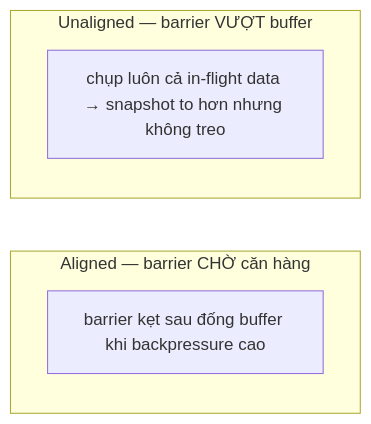
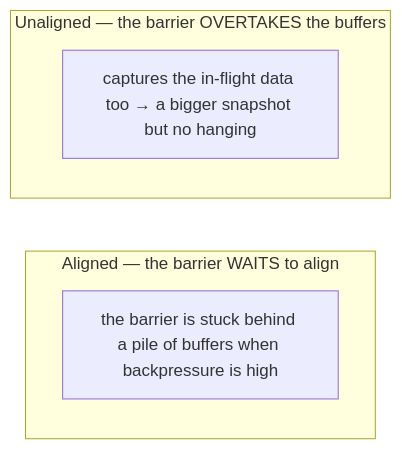
Before and after one commit to vuhoang001/knowledge: the third of 3 diagrams in i18n/en/docusaurus-plugin-content-docs/current/etl/flink/skills/backpressure-tuning.md, drawn with Mermaid. The commit also changed other lines of this file and 21 other files, not shown here.

````diff
--- a/i18n/en/docusaurus-plugin-content-docs/current/etl/flink/skills/backpressure-tuning.md
+++ b/i18n/en/docusaurus-plugin-content-docs/current/etl/flink/skills/backpressure-tuning.md
@@ -135,9 +134,9 @@
 ```mermaid
 graph LR
-    subgraph "Aligned — barrier CHỜ căn hàng"
-        B1["barrier kẹt sau đống buffer khi backpressure cao"]
+    subgraph "Aligned — the barrier WAITS to align"
+        B1["the barrier is stuck behind a pile of buffers when backpressure is high"]
     end
-    subgraph "Unaligned — barrier VƯỢT buffer"
-        B2["chụp luôn cả in-flight data → snapshot to hơn nhưng không treo"]
+    subgraph "Unaligned — the barrier OVERTAKES the buffers"
+        B2["captures the in-flight data too → a bigger snapshot but no hanging"]
     end
 ```
````
